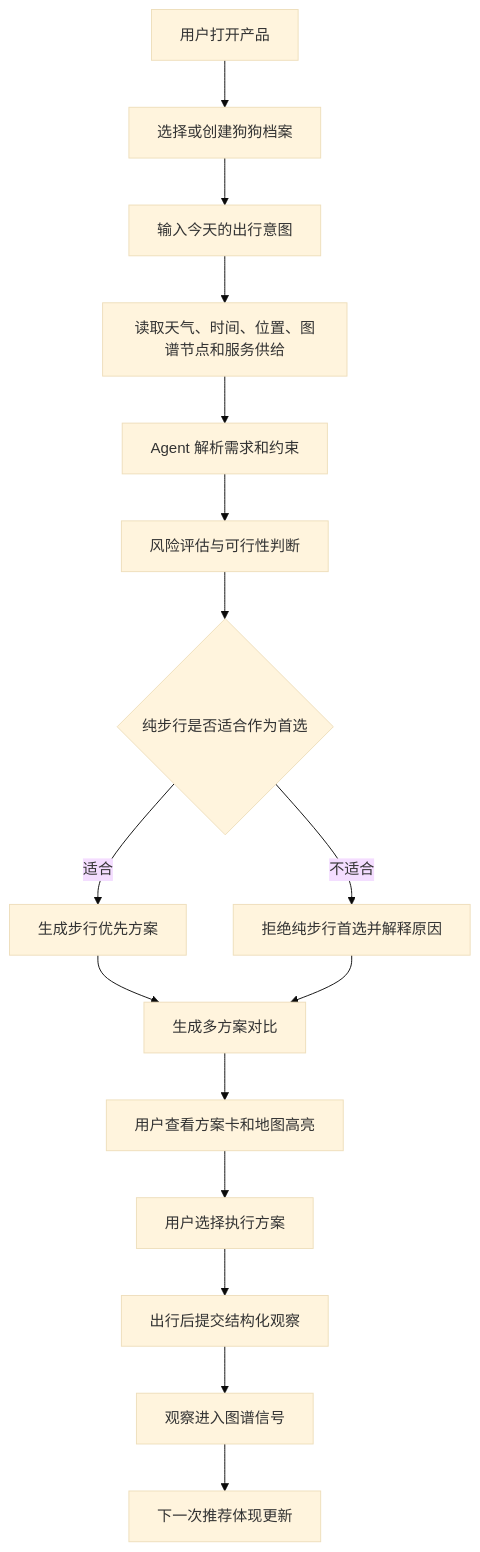
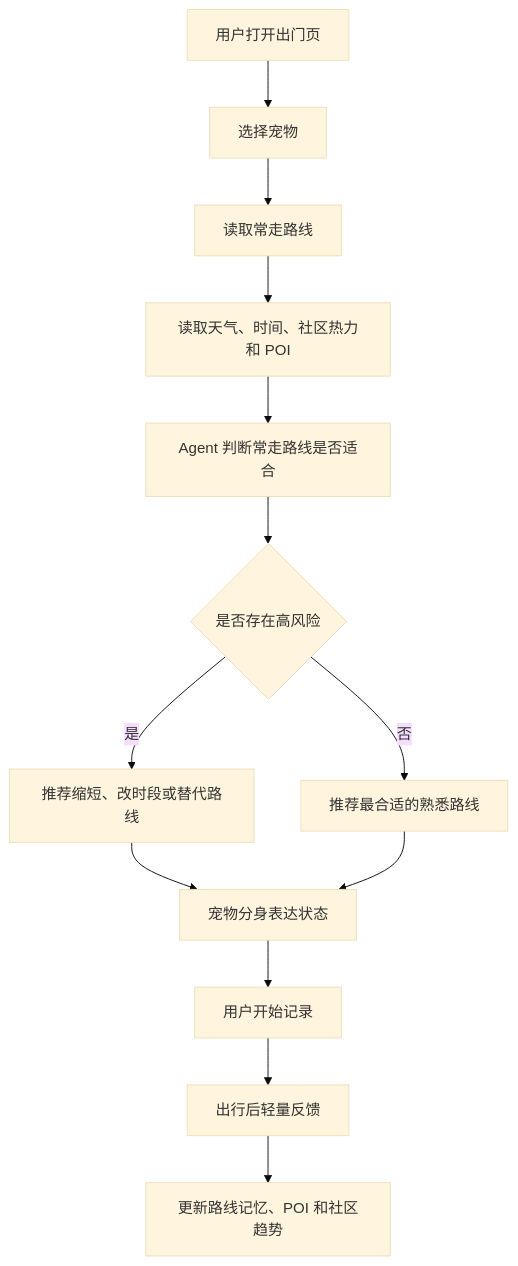
Before and after one commit to 1pitaph/PawPilot: the second of 6 diagrams in docs/prd-pet-mobility-agent.md, drawn with Mermaid (base theme). The commit also changed other lines of this file and 5 other files, not shown here.

````diff
--- a/docs/prd-pet-mobility-agent.md
+++ b/docs/prd-pet-mobility-agent.md
@@ -325,18 +614,15 @@
 ```{mermaid}
 flowchart TD
-    A[用户打开产品] --> B[选择或创建狗狗档案]
-    B --> C[输入今天的出行意图]
-    C --> D[读取天气、时间、位置、图谱节点和服务供给]
-    D --> E[Agent 解析需求和约束]
-    E --> F[风险评估与可行性判断]
-    F --> G{纯步行是否适合作为首选}
-    G -- 适合 --> H[生成步行优先方案]
-    G -- 不适合 --> I[拒绝纯步行首选并解释原因]
-    H --> J[生成多方案对比]
-    I --> J
-    J --> K[用户查看方案卡和地图高亮]
-    K --> L[用户选择执行方案]
-    L --> M[出行后提交结构化观察]
-    M --> N[观察进入图谱信号]
-    N --> O[下一次推荐体现更新]
+    A[用户打开出门页] --> B[选择宠物]
+    B --> C[读取常走路线]
+    C --> D[读取天气、时间、社区热力和 POI]
+    D --> E[Agent 判断常走路线是否适合]
+    E --> F{是否存在高风险}
+    F -- 是 --> G[推荐缩短、改时段或替代路线]
+    F -- 否 --> H[推荐最合适的熟悉路线]
+    G --> I[宠物分身表达状态]
+    H --> I
+    I --> J[用户开始记录]
+    J --> K[出行后轻量反馈]
+    K --> L[更新路线记忆、POI 和社区趋势]
 ```
````
